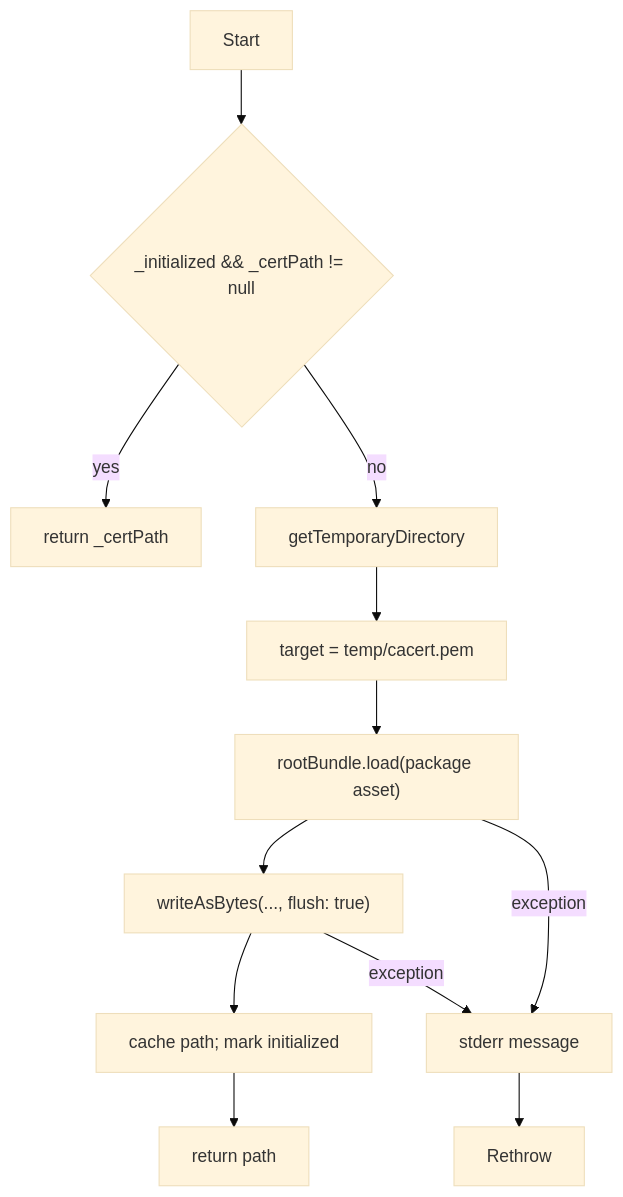
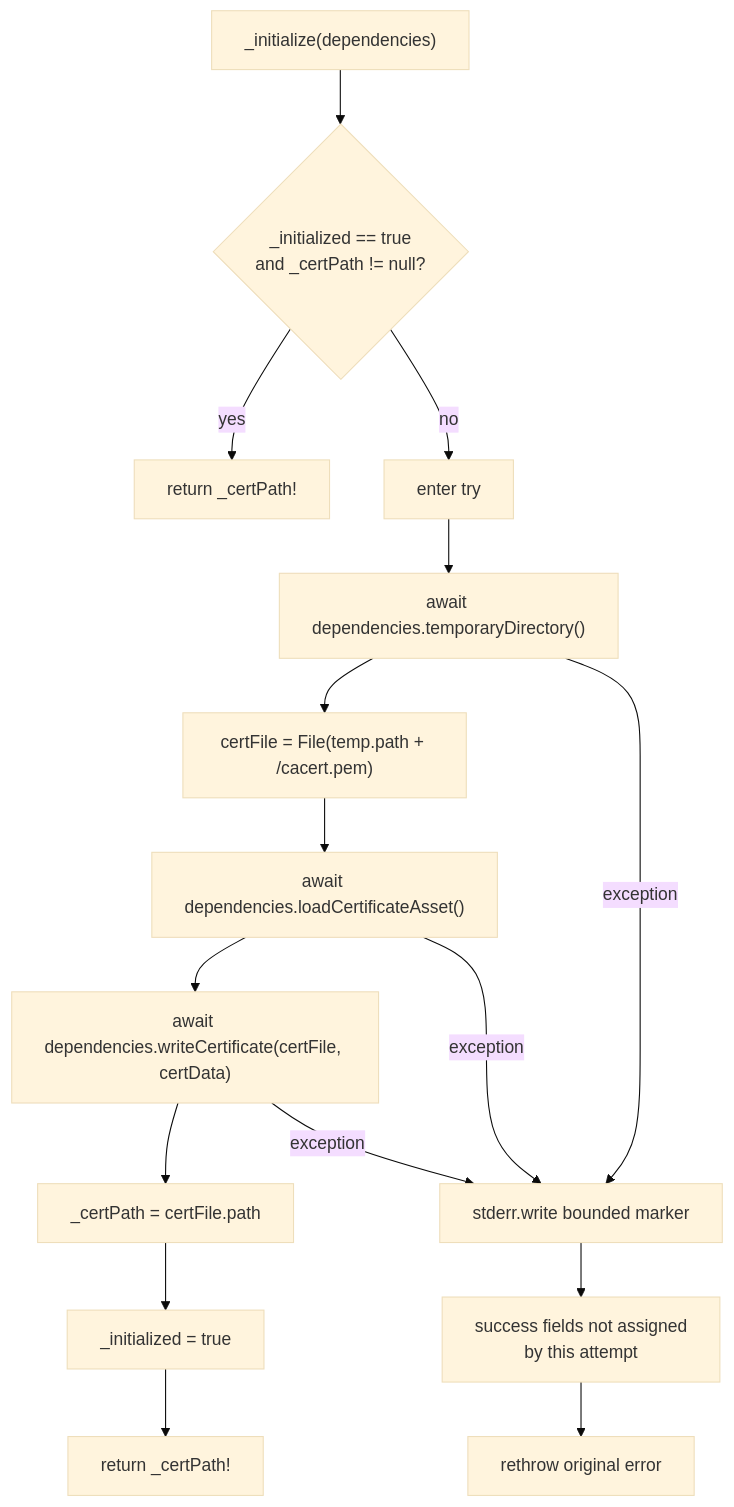
Before and after one commit to DartGit-dev/git2dart_binaries: the diagram in .reversa/_reversa_sdd/flowcharts/android-tls-bootstrap-initialize.md, drawn with Mermaid (base theme). The commit also changed other lines of this file and 250 other files, not shown here.

````diff
--- a/.reversa/_reversa_sdd/flowcharts/android-tls-bootstrap-initialize.md
+++ b/.reversa/_reversa_sdd/flowcharts/android-tls-bootstrap-initialize.md
@@ -3,13 +3,18 @@
 ```mermaid
 flowchart TD
-  Start --> Guard{"_initialized && _certPath != null"}
-  Guard -- yes --> Cached["return _certPath"]
-  Guard -- no --> GetTemp["getTemporaryDirectory"]
-  GetTemp --> Target["target = temp/cacert.pem"]
-  Target --> Load["rootBundle.load(package asset)"]
-  Load --> Write["writeAsBytes(..., flush: true)"]
-  Write --> Cache["cache path; mark initialized"]
-  Cache --> Return["return path"]
-  Load -->|exception| Catch["stderr message"] --> Rethrow
+  Start["_initialize(dependencies)"] --> Guard{"_initialized == true<br/>and _certPath != null?"}
+  Guard -- yes --> Cached["return _certPath!"]
+  Guard -- no --> Try["enter try"]
+  Try --> GetTemp["await dependencies.temporaryDirectory()"]
+  GetTemp --> Target["certFile = File(temp.path + /cacert.pem)"]
+  Target --> Load["await dependencies.loadCertificateAsset()"]
+  Load --> Write["await dependencies.writeCertificate(certFile, certData)"]
+  Write --> Path["_certPath = certFile.path"]
+  Path --> Flag["_initialized = true"]
+  Flag --> Return["return _certPath!"]
+  GetTemp -->|exception| Catch["stderr.write bounded marker"]
+  Load -->|exception| Catch
   Write -->|exception| Catch
+  Catch --> NoCommit["success fields not assigned<br/>by this attempt"]
+  NoCommit --> Rethrow["rethrow original error"]
 ```
````
